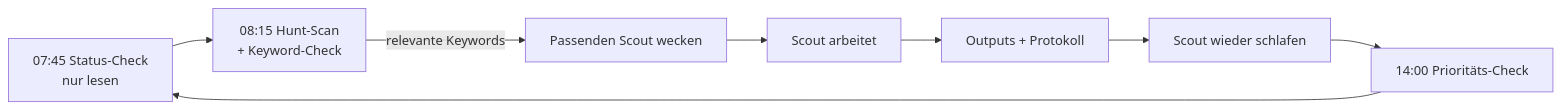
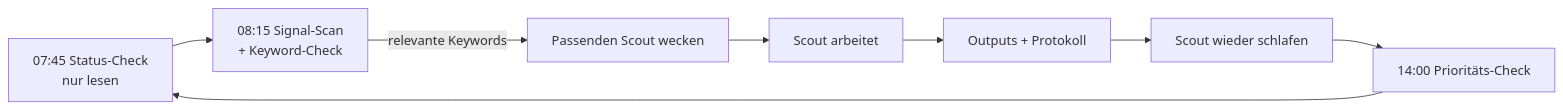
Before and after one commit to Rosary-mom/worldmonitor: the diagram in public/rosary-atlas/02-Daily-Cron-Loop.md, drawn with Mermaid. The commit also changed other lines of this file and 5 other files, not shown here.

````diff
--- a/public/rosary-atlas/02-Daily-Cron-Loop.md
+++ b/public/rosary-atlas/02-Daily-Cron-Loop.md
@@ -3,10 +3,10 @@
 ```mermaid
 flowchart LR
-    A[07:45 Status-Check<br/>nur lesen] --> B[08:15 Hunt-Scan<br/>+ Keyword-Check]
+    A[07:45 Status-Check<br/>nur lesen] --> B[08:15 Signal-Scan<br/>+ Keyword-Check]
     B -->|relevante Keywords| C[Passenden Scout wecken]
     C --> D[Scout arbeitet]
     D --> E[Outputs + Protokoll]
     E --> F[Scout wieder schlafen]
     F --> G[14:00 Prioritäts-Check]
     G --> A
 ```
````
